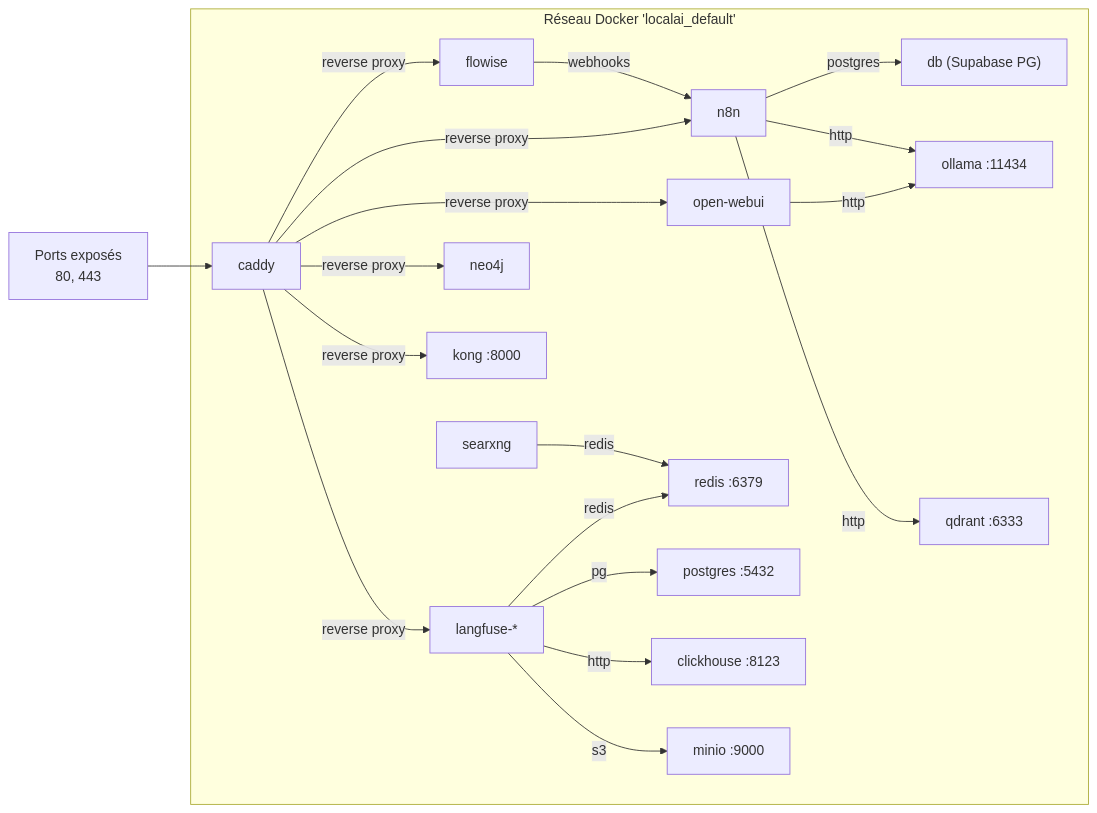
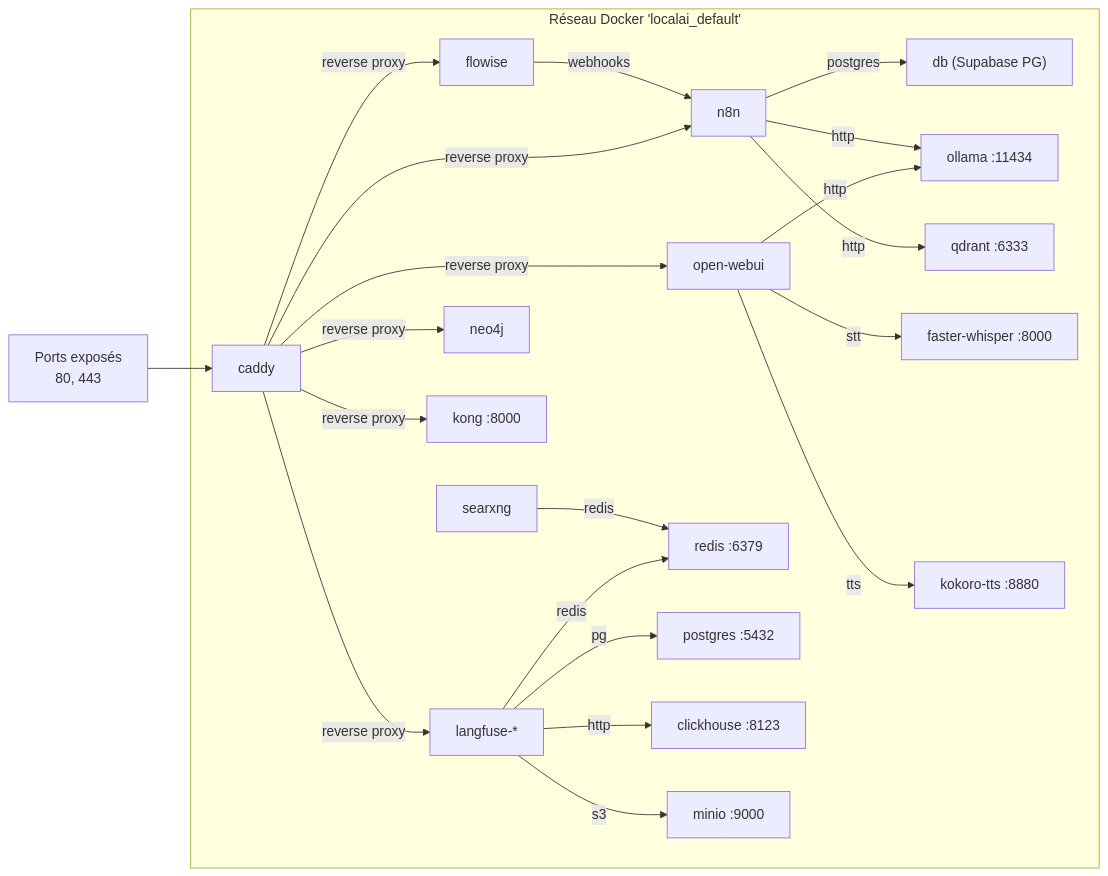
One commit to K4M1coder/local-ai-packaged changed the second of 7 diagrams in dossier technique Local AI Packaged.md. Above: the diagram before and after it, drawn with Mermaid. The commit also changed other lines of this file and 3 other files, not shown here.

Commit message:
Add faster-whisper and Kokoro TTS services; update Caddyfile, docker-compose, and documentation

````diff
--- a/dossier technique Local AI Packaged.md
+++ b/dossier technique Local AI Packaged.md
@@ -361,19 +419,21 @@
 ```mermaid
 graph LR
     subgraph DOCKER_NET["Réseau Docker 'localai_default'"]
         N8N["n8n"] -->|postgres| DB["db (Supabase PG)"]
         N8N -->|http| OLLAMA["ollama :11434"]
         N8N -->|http| QDRANT["qdrant :6333"]
         OWUI["open-webui"] -->|http| OLLAMA
         FLOWISE["flowise"] -->|webhooks| N8N
         SEARXNG["searxng"] -->|redis| REDIS["redis :6379"]
         LANGFUSE["langfuse-*"] -->|pg| LF_PG["postgres :5432"]
         LANGFUSE -->|http| CLICKHOUSE["clickhouse :8123"]
         LANGFUSE -->|s3| MINIO["minio :9000"]
         LANGFUSE -->|redis| REDIS
         CADDY["caddy"] -->|reverse proxy| N8N & OWUI & FLOWISE & LANGFUSE & NEO4J["neo4j"]
         CADDY -->|reverse proxy| KONG["kong :8000"]
+        OWUI -->|stt| WHISPER["faster-whisper :8000"]
+        OWUI -->|tts| KOKORO["kokoro-tts :8880"]
     end
 
     EXT["Ports exposés\n80, 443"] --> CADDY
 ```
````
